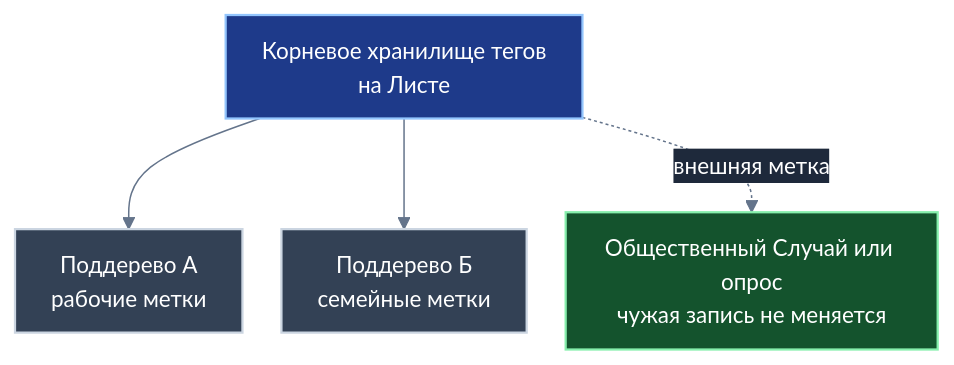
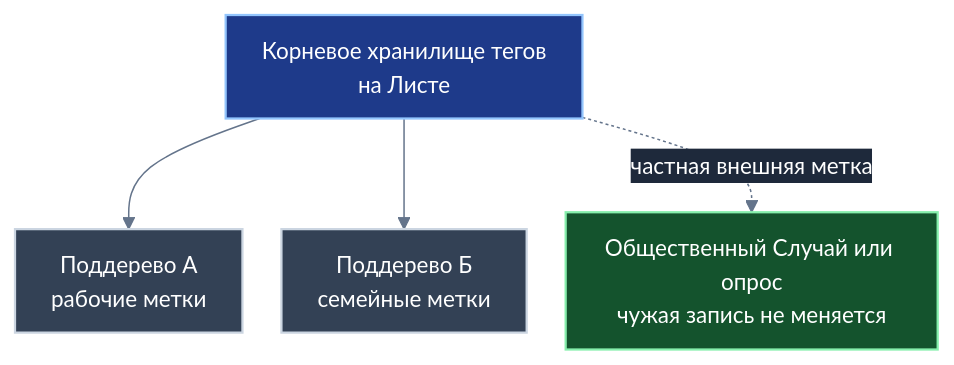
Before and after one commit to Data-Independence-Network/presentations: the third of 13 diagrams in shared_docs/whitepapers/10_gogetter_whitepaper.md, drawn with Mermaid. The commit also changed other lines of this file and 85 other files, not shown here.

````diff
--- a/shared_docs/whitepapers/10_gogetter_whitepaper.md
+++ b/shared_docs/whitepapers/10_gogetter_whitepaper.md
@@ -166,16 +166,16 @@
 ```mermaid
 %%{init: {"theme":"base","themeVariables":{"background":"#0f172a","fontFamily":"Arial, Helvetica, sans-serif","fontSize":"15px","primaryColor":"#1e3a8a","primaryTextColor":"#ffffff","primaryBorderColor":"#93c5fd","secondaryColor":"#14532d","tertiaryColor":"#1e293b","lineColor":"#64748b","textColor":"#94a3b8","mainBkg":"#1e3a8a","nodeBorder":"#93c5fd","clusterBkg":"#1e293b","clusterBorder":"#475569","titleColor":"#cbd5e1","edgeLabelBackground":"#1e293b"},"themeCSS":"foreignObject *{font-family:Arial,Helvetica,sans-serif !important}","flowchart":{"curve":"basis","htmlLabels":true,"nodeSpacing":26,"rankSpacing":40,"padding":12,"useMaxWidth":true}}}%%
 flowchart TD
     T["Корневое хранилище тегов<br/>на Листе"] --> A["Поддерево А<br/>рабочие метки"]
     T --> B["Поддерево Б<br/>семейные метки"]
-    T -. "внешняя метка" .-> P["Общественный Случай или опрос<br/>чужая запись не меняется"]
+    T -. "частная внешняя метка" .-> P["Общественный Случай или опрос<br/>чужая запись не меняется"]
     class T leaf
     class A,B priv
     class P branch
     classDef leaf fill:#1e3a8a,stroke:#93c5fd,stroke-width:1.5px,color:#ffffff
     classDef branch fill:#14532d,stroke:#86efac,stroke-width:1.5px,color:#ffffff
     classDef trunk fill:#78350f,stroke:#fcd34d,stroke-width:1.5px,color:#ffffff
     classDef bank fill:#4c1d95,stroke:#c4b5fd,stroke-width:1.5px,color:#ffffff
     classDef priv fill:#334155,stroke:#cbd5e1,stroke-width:1.5px,color:#ffffff
     classDef risk fill:#7f1d1d,stroke:#fca5a5,stroke-width:1.5px,color:#ffffff
 ```
````
